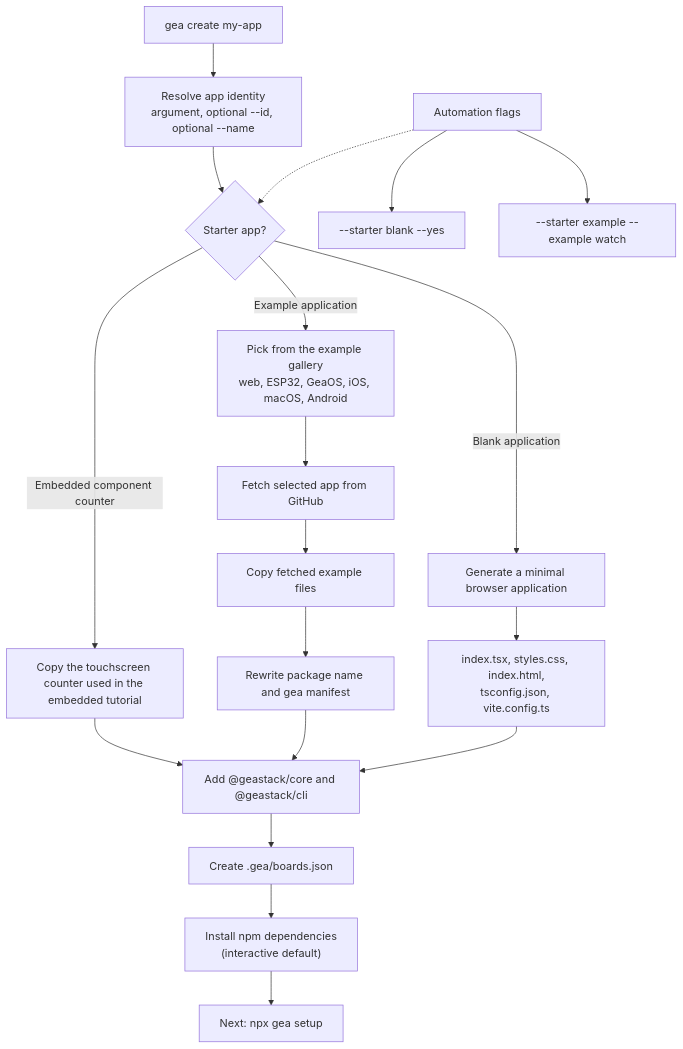
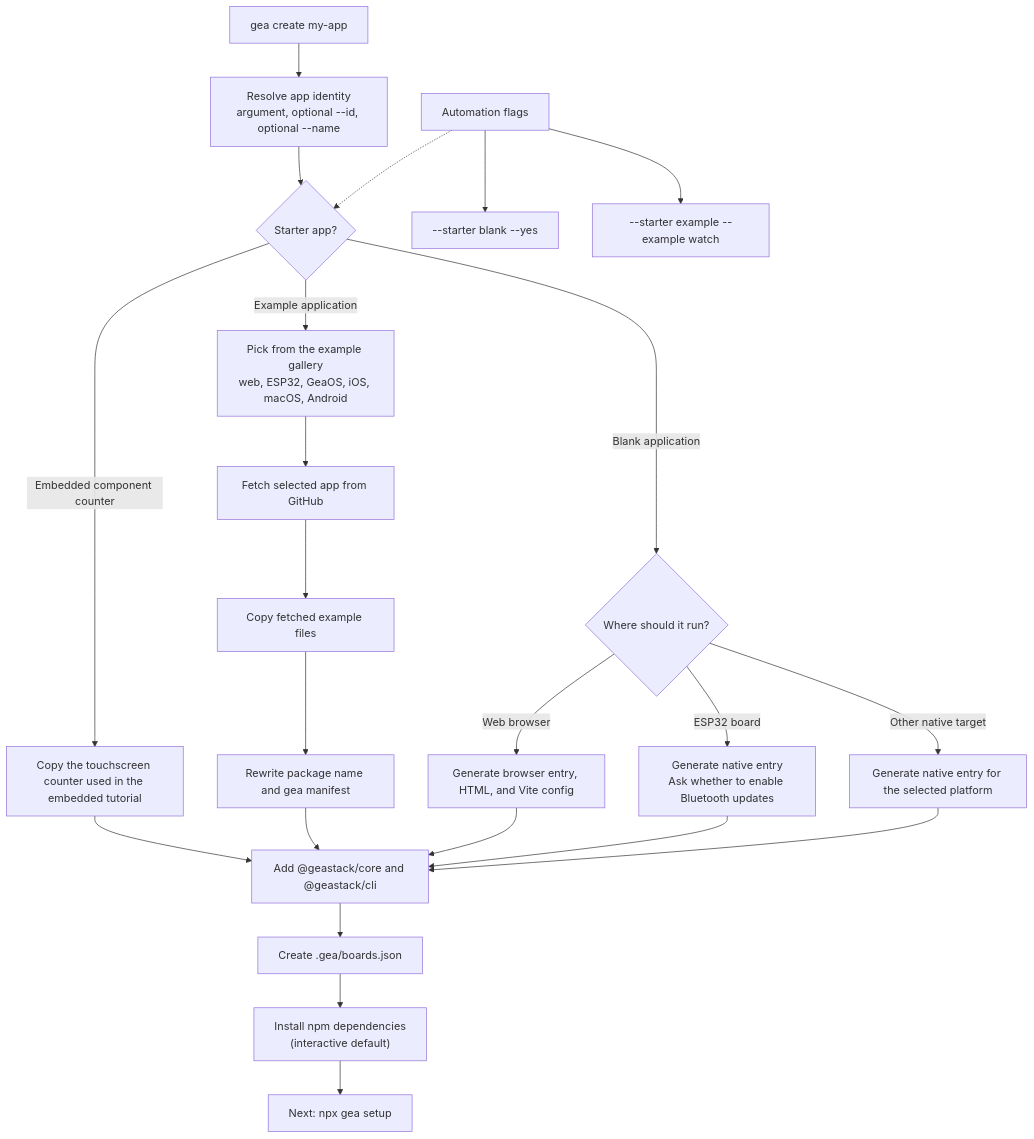
The first of 2 diagrams in README.md (geastack/cli), drawn with Mermaid before and after one commit. The commit also changed 8 other files, not shown here.

First line of the commit message:
Guide blank app target selection

````diff
--- a/README.md
+++ b/README.md
@@ -27,26 +27,30 @@
 ```mermaid
 flowchart TD
   create["gea create my-app"] --> identity["Resolve app identity<br/>argument, optional --id, optional --name"]
   identity --> starter{"Starter app?"}
 
   starter -->|"Embedded component counter"| counter["Copy the touchscreen counter used in the embedded tutorial"]
 
-  starter -->|"Blank application"| empty["Generate a minimal browser application"]
-  empty --> emptyFiles["index.tsx, styles.css, index.html,<br/>tsconfig.json, vite.config.ts"]
+  starter -->|"Blank application"| emptyTarget{"Where should it run?"}
+  emptyTarget -->|"Web browser"| emptyWeb["Generate browser entry, HTML, and Vite config"]
+  emptyTarget -->|"ESP32 board"| emptyEsp["Generate native entry<br/>Ask whether to enable Bluetooth updates"]
+  emptyTarget -->|"Other native target"| emptyNative["Generate native entry for the selected platform"]
 
   starter -->|"Example application"| pickExample["Pick from the example gallery<br/>web, ESP32, GeaOS, iOS, macOS, Android"]
   pickExample --> fetchExample["Fetch selected app from GitHub"]
   fetchExample --> copyExample["Copy fetched example files"]
   copyExample --> rewriteExample["Rewrite package name and gea manifest"]
 
   counter --> projectWiring["Add @geastack/core and @geastack/cli"]
   rewriteExample --> projectWiring["Add @geastack/core and @geastack/cli"]
-  emptyFiles --> projectWiring
+  emptyWeb --> projectWiring
+  emptyEsp --> projectWiring
+  emptyNative --> projectWiring
   projectWiring --> boardConfig["Create .gea/boards.json"]
   boardConfig --> install["Install npm dependencies<br/>(interactive default)"]
   install --> setup["Next: npx gea setup"]
 
   auto["Automation flags"] -.-> starter
   auto --> autoEmpty["--starter blank --yes"]
   auto --> autoExample["--starter example --example watch"]
 ```
````
